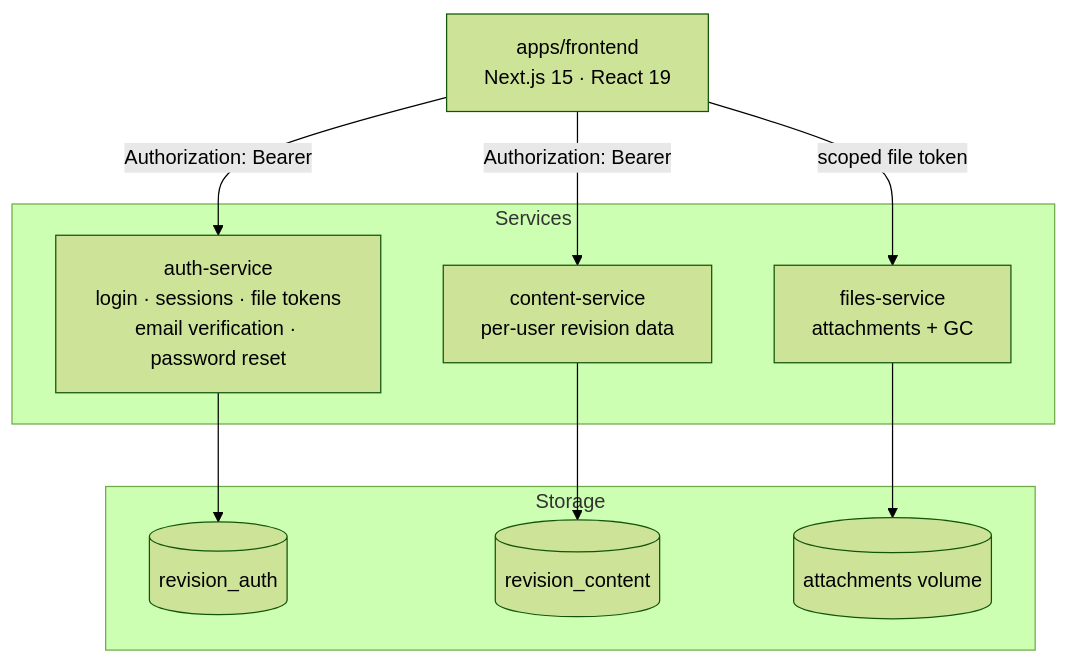
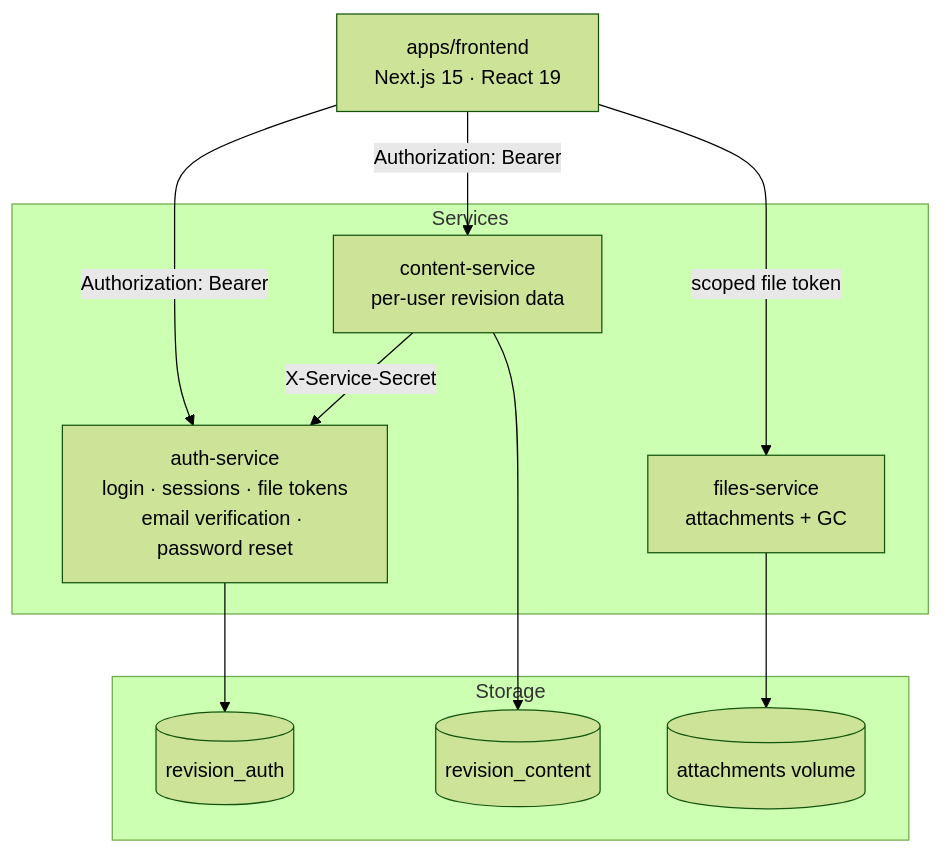
The first of 3 diagrams in README.md (SauravShadow/Revision_app), drawn with Mermaid (forest theme) before and after one commit. The commit also changed other lines of this file and 2 other files, not shown here.

````diff
--- a/README.md
+++ b/README.md
@@ -13,23 +13,24 @@
 ```mermaid
 graph TB
     UI["apps/frontend<br/>Next.js 15 · React 19"]
 
     subgraph Services
         AUTH["auth-service<br/>login · sessions · file tokens<br/>email verification · password reset"]
         CONTENT["content-service<br/>per-user revision data"]
         FILES["files-service<br/>attachments + GC"]
     end
 
     subgraph Storage
         DBA[("revision_auth")]
         DBC[("revision_content")]
         DISK[("attachments volume")]
     end
 
     UI -- "Authorization: Bearer <token>" --> AUTH
     UI -- "Authorization: Bearer <token>" --> CONTENT
     UI -- "scoped file token" --> FILES
+    CONTENT -- "X-Service-Secret" --> AUTH
     AUTH --> DBA
     CONTENT --> DBC
     FILES --> DISK
 ```
````
